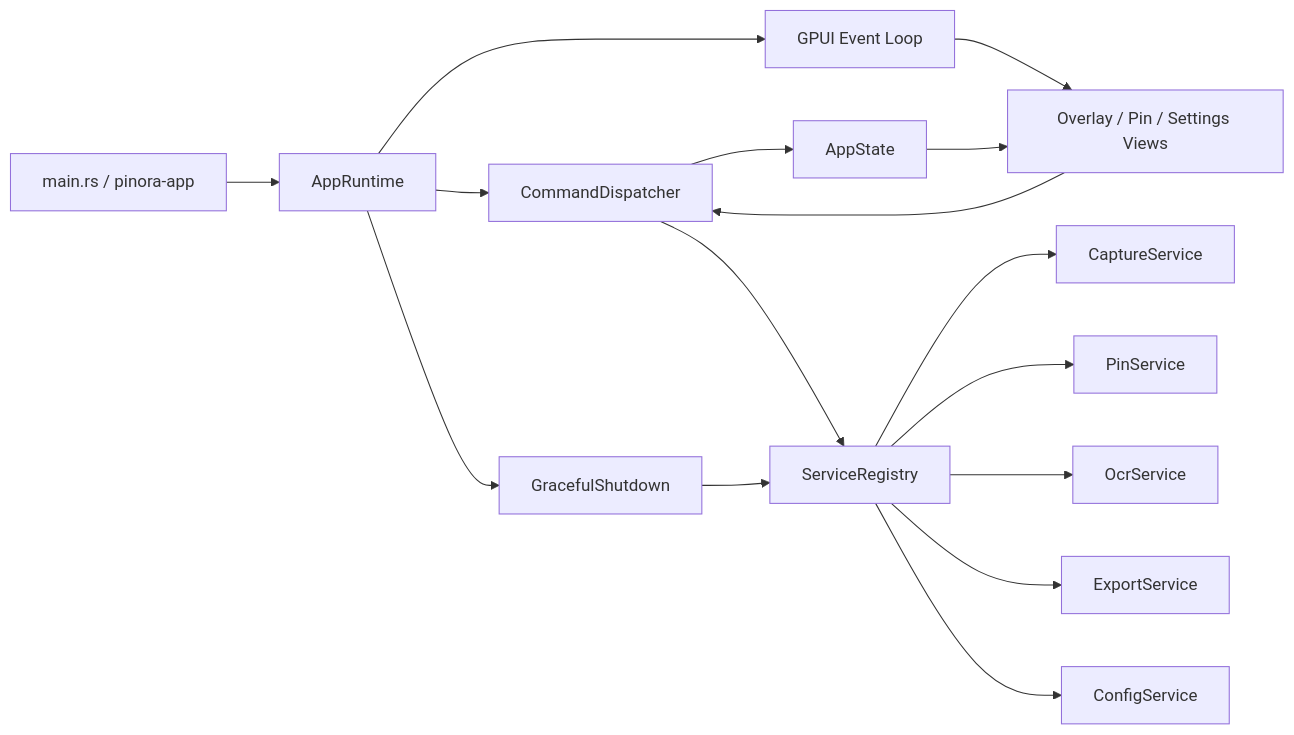
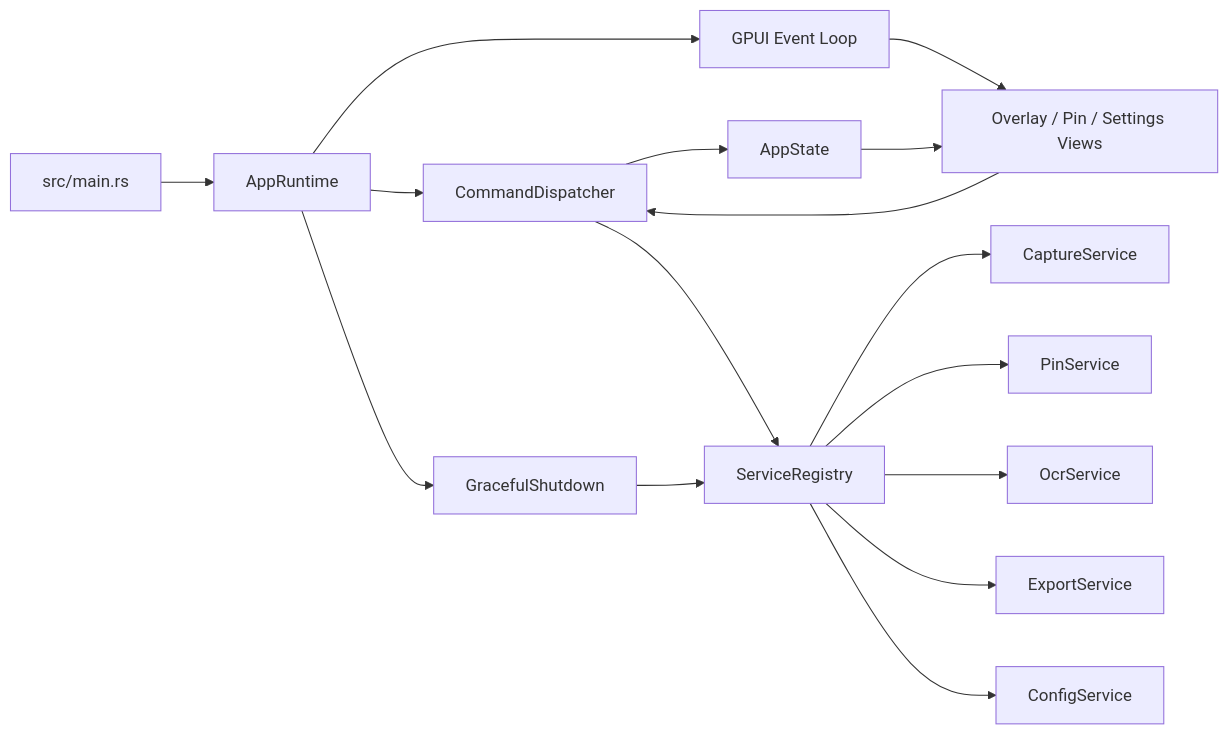
The third of 17 diagrams in docs/Pinora-开发设计文档.md (yhyzgn/pinora), drawn with Mermaid before and after one commit. The commit also changed other lines of this file and 21 other files, not shown here.

````diff
--- a/docs/Pinora-开发设计文档.md
+++ b/docs/Pinora-开发设计文档.md
@@ -239,18 +239,18 @@
 ```mermaid
 graph LR
-    Main[main.rs / pinora-app] --> Runtime[AppRuntime]
+    Main["src/main.rs"] --> Runtime[AppRuntime]
     Runtime --> Dispatcher[CommandDispatcher]
     Runtime --> EventLoop[GPUI Event Loop]
     Runtime --> Shutdown[GracefulShutdown]
     Dispatcher --> State[AppState]
     Dispatcher --> Services[ServiceRegistry]
     Services --> CaptureSvc[CaptureService]
     Services --> PinSvc[PinService]
     Services --> OcrSvc[OcrService]
     Services --> ExportSvc[ExportService]
     Services --> ConfigSvc[ConfigService]
     EventLoop --> Views[Overlay / Pin / Settings Views]
     Views --> Dispatcher
     State --> Views
     Shutdown --> Services
 ```
````
